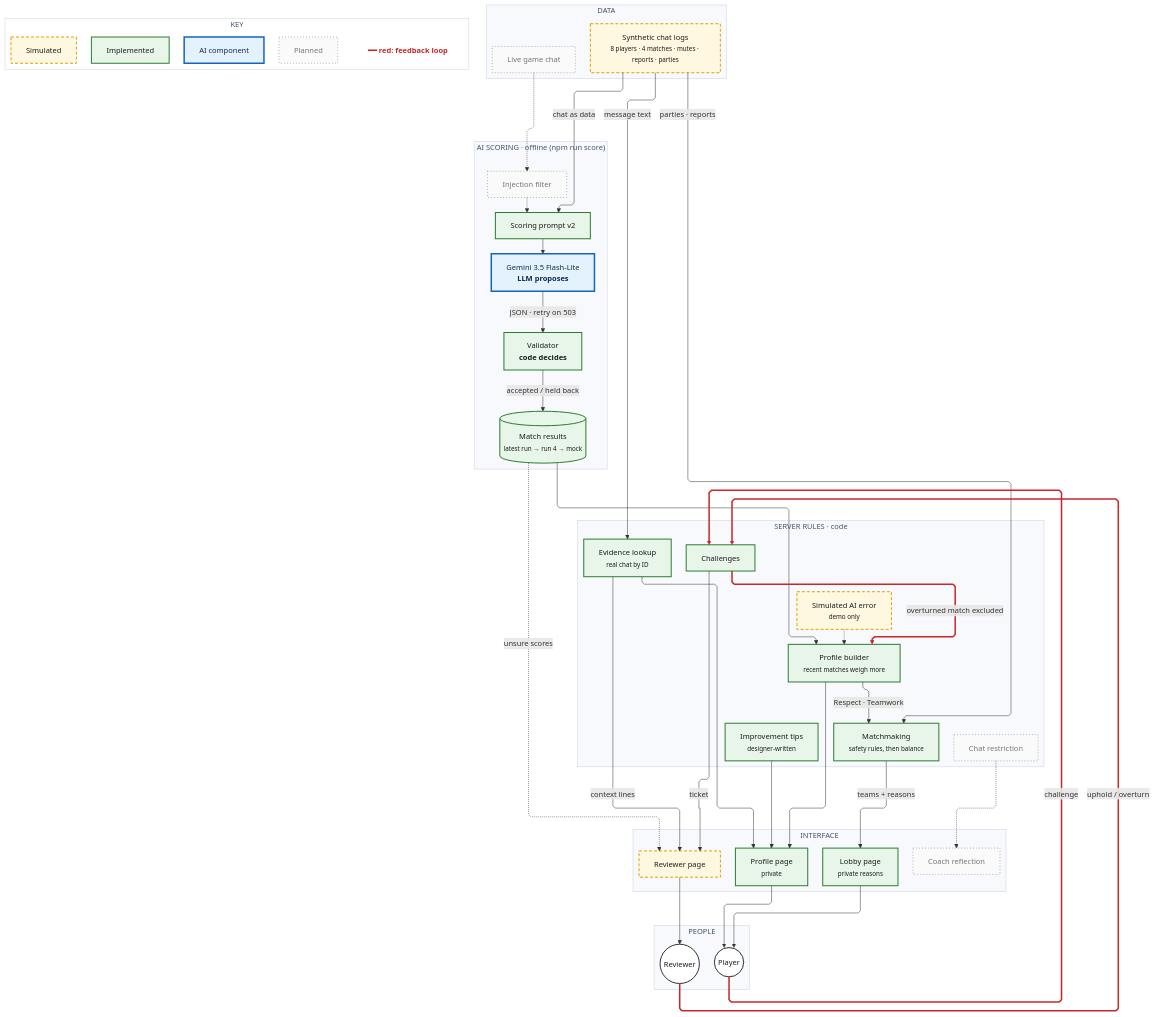
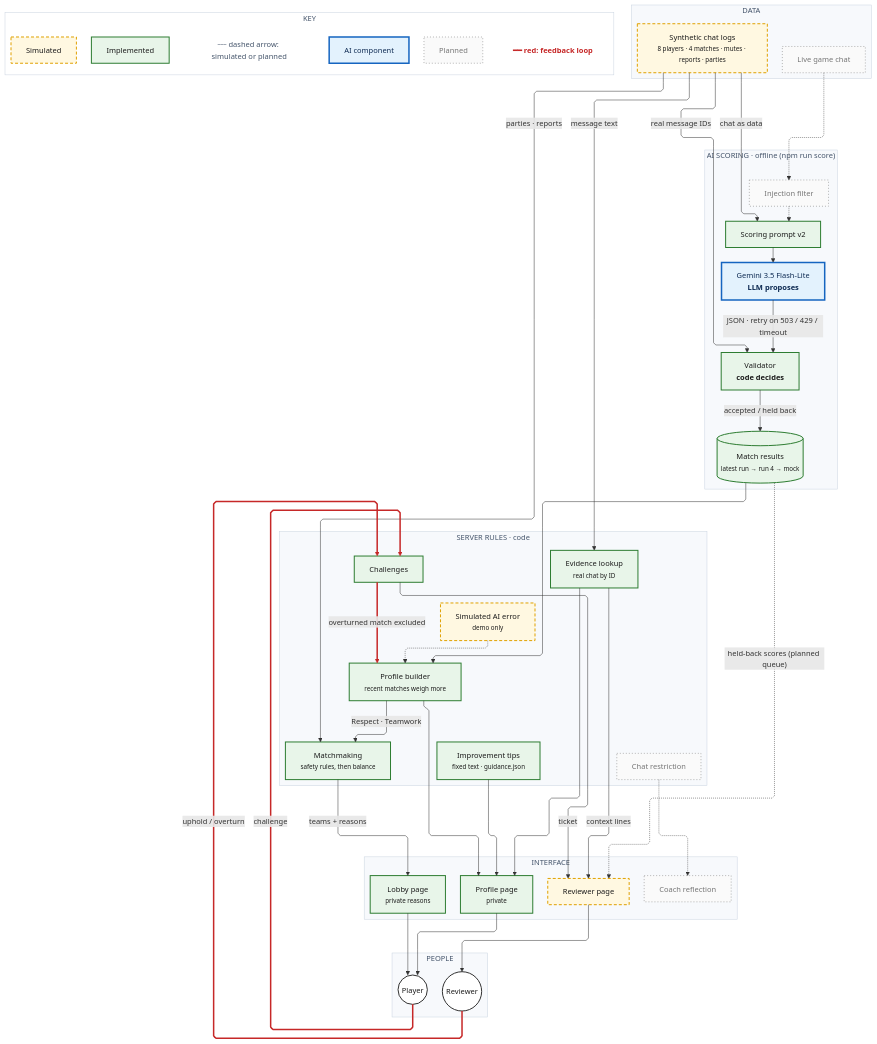
The diagram in docs/system-diagram.mmd (SupremeSunlord77/clearmatch), drawn with Mermaid before and after one commit. The commit also changed 9 other files, not shown here.

Commit message:
Fix claims found by audit: held-back scores, demo data source, test count, diagram labels

```diff
--- a/docs/system-diagram.mmd
+++ b/docs/system-diagram.mmd
@@ -1,96 +1,99 @@
 ---
 config:
   layout: elk
   elk:
     mergeEdges: false
     nodePlacementStrategy: BRANDES_KOEPF
   flowchart:
     curve: linear
   fontFamily: "Inter, Arial, sans-serif"
   themeVariables:
     fontFamily: "Inter, Arial, sans-serif"
     fontSize: "15px"
 ---
 flowchart TB
   subgraph DATA["DATA"]
     D1["Synthetic chat logs<br/><small>8 players · 4 matches · mutes · reports · parties</small>"]:::sim
     D2["Live game chat"]:::plan
   end
 
   subgraph AI["AI SCORING · offline (npm run score)"]
     A0["Injection filter"]:::plan
     A1["Scoring prompt v2"]:::impl
     A2["Gemini 3.5 Flash-Lite<br/><b>LLM proposes</b>"]:::ai
     A3["Validator<br/><b>code decides</b>"]:::impl
     S1[("Match results<br/><small>latest run → run 4 → mock</small>")]:::impl
   end
 
   subgraph SRV["SERVER RULES · code"]
     R6["Simulated AI error<br/><small>demo only</small>"]:::sim
     R1["Profile builder<br/><small>recent matches weigh more</small>"]:::impl
     R2["Evidence lookup<br/><small>real chat by ID</small>"]:::impl
-    R3["Improvement tips<br/><small>designer-written</small>"]:::impl
+    R3["Improvement tips<br/><small>fixed text · guidance.json</small>"]:::impl
     R4["Challenges"]:::impl
     R5["Matchmaking<br/><small>safety rules, then balance</small>"]:::impl
     R7["Chat restriction"]:::plan
   end
 
   subgraph UI["INTERFACE"]
     U1["Profile page<br/><small>private</small>"]:::impl
     U2["Lobby page<br/><small>private reasons</small>"]:::impl
     U3["Reviewer page"]:::sim
     U4["Coach reflection"]:::plan
   end
 
   subgraph PEOPLE["PEOPLE"]
     P1(("Player")):::person
     P2(("Reviewer")):::person
   end
 
   D1 -->|"chat as data"| A1
   D2 -.-> A0
   A0 -.-> A1
   A1 --> A2
-  A2 -->|"JSON · retry on 503"| A3
+  A2 -->|"JSON · retry on 503 / 429 / timeout"| A3
   A3 -->|"accepted / held back"| S1
   S1 --> R1
   R6 -.-> R1
   D1 -->|"message text"| R2
   D1 -->|"parties · reports"| R5
   R1 -->|"Respect · Teamwork"| R5
   R1 --> U1
   R2 --> U1
   R3 --> U1
   R2 -->|"context lines"| U3
   R5 -->|"teams + reasons"| U2
   R4 -->|"ticket"| U3
-  S1 -.->|"unsure scores"| U3
+  S1 -.->|"held-back scores (planned queue)"| U3
   R7 -.-> U4
   U1 --> P1
   U2 --> P1
   U3 --> P2
   P1 ==>|"challenge"| R4
   P2 ==>|"uphold / overturn"| R4
   R4 ==>|"overturned match excluded"| R1
+  D1 -->|"real message IDs"| A3
 
   subgraph KEY["KEY"]
     K1["Implemented"]:::impl
     K2["AI component"]:::ai
     K3["Simulated"]:::sim
     K4["Planned"]:::plan
     K5["━━ red: feedback loop"]:::note
+    K6["┄┄ dashed arrow: simulated or planned"]:::note2
   end
 
   classDef impl fill:#e8f5e9,stroke:#2e7d32,stroke-width:2px,color:#1b1b1b
   classDef ai fill:#e3f2fd,stroke:#1565c0,stroke-width:3px,color:#0d2a52
   classDef sim fill:#fff8e1,stroke:#e0a100,stroke-width:2px,stroke-dasharray:6 4,color:#1b1b1b
   classDef plan fill:#fafafa,stroke:#9e9e9e,stroke-width:1.5px,stroke-dasharray:2 4,color:#757575
   classDef person fill:#ffffff,stroke:#333,stroke-width:2px,color:#1b1b1b
+  classDef note2 fill:#ffffff,stroke:#ffffff,color:#44546a
   classDef note fill:#ffffff,stroke:#ffffff,color:#c62828,font-weight:bold
   style DATA fill:#f7f9fc,stroke:#c9d3e0,color:#44546a
   style AI fill:#f7f9fc,stroke:#c9d3e0,color:#44546a
   style SRV fill:#f7f9fc,stroke:#c9d3e0,color:#44546a
   style UI fill:#f7f9fc,stroke:#c9d3e0,color:#44546a
   style PEOPLE fill:#f7f9fc,stroke:#c9d3e0,color:#44546a
   style KEY fill:#ffffff,stroke:#c9d3e0,color:#44546a
   linkStyle 22,23,24 stroke:#c62828,stroke-width:3px
```
